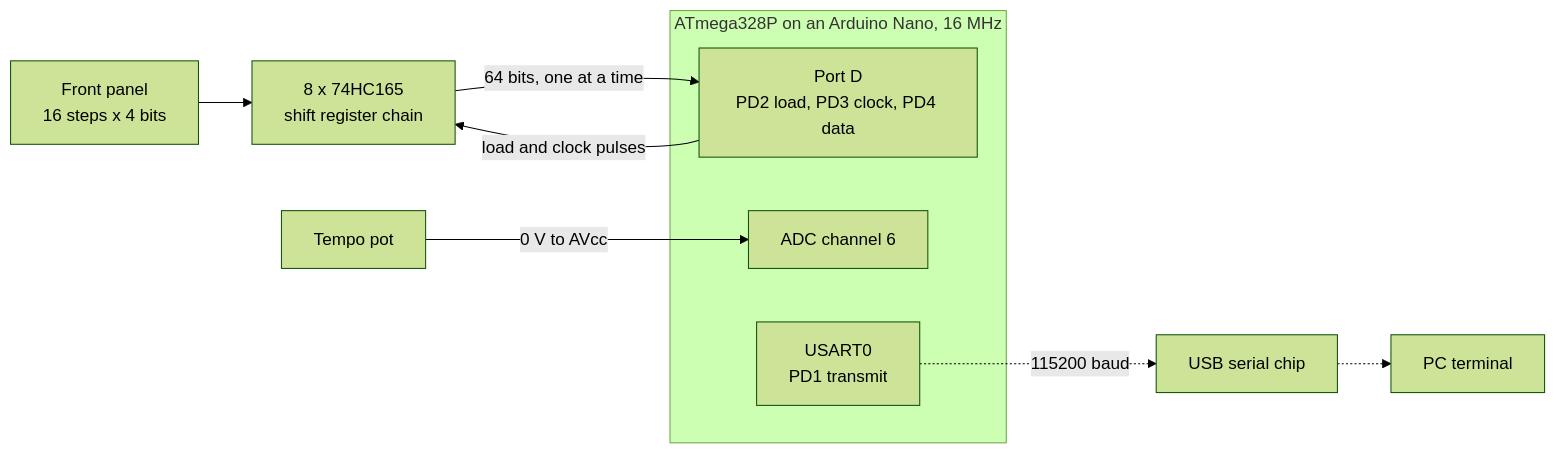
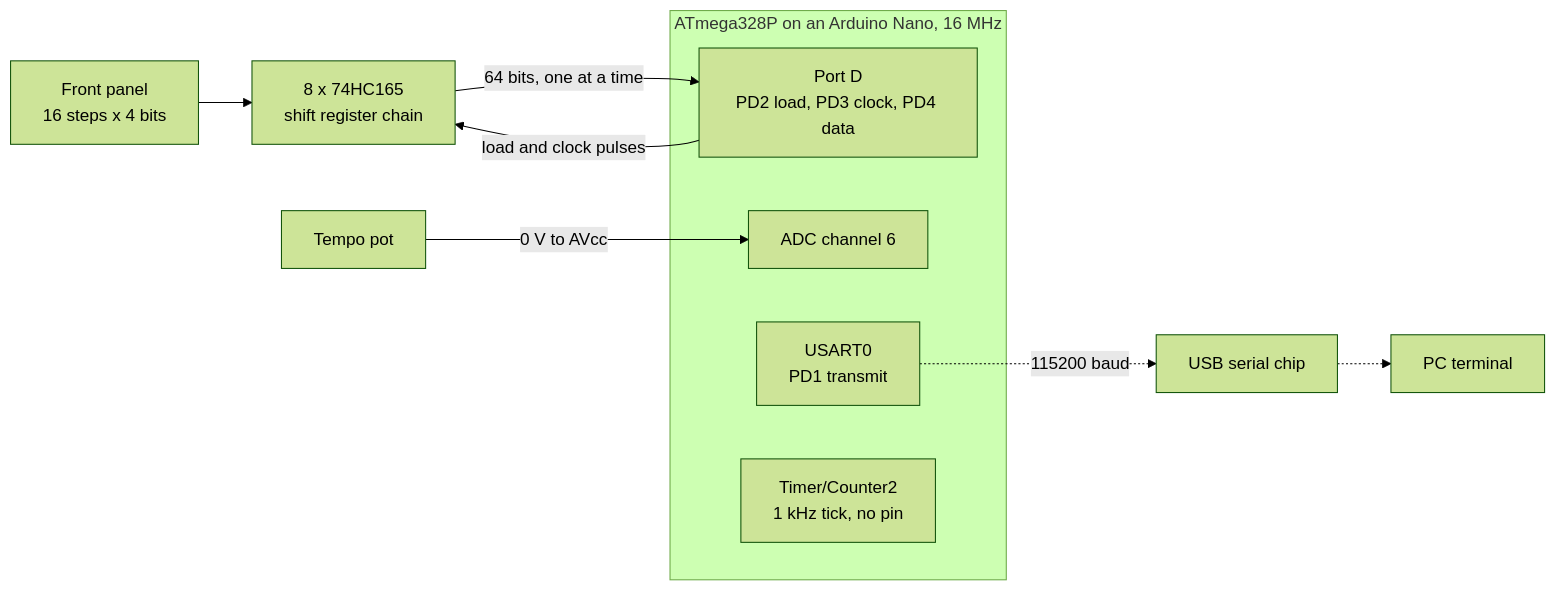
The first of 18 diagrams in docs/ARCHITECTURE.md (BonelessPig/nano_sequencer), drawn with Mermaid (forest theme) before and after one commit. The commit also changed other lines of this file and 9 other files, not shown here.

````diff
--- a/docs/ARCHITECTURE.md
+++ b/docs/ARCHITECTURE.md
@@ -24,15 +26,16 @@
 ```mermaid
 flowchart LR
     panel["Front panel<br/>16 steps x 4 bits"] --> chain["8 x 74HC165<br/>shift register chain"]
     pot["Tempo pot"]
     subgraph mcu["ATmega328P on an Arduino Nano, 16 MHz"]
         gpio["Port D<br/>PD2 load, PD3 clock, PD4 data"]
         adc["ADC channel 6"]
         usart["USART0<br/>PD1 transmit"]
+        timer["Timer/Counter2<br/>1 kHz tick, no pin"]
     end
     gpio -->|"load and clock pulses"| chain
     chain -->|"64 bits, one at a time"| gpio
     pot -->|"0 V to AVcc"| adc
     usart -.->|"115200 baud"| usb["USB serial chip"]
     usb -.-> pc["PC terminal"]
 ```
````
